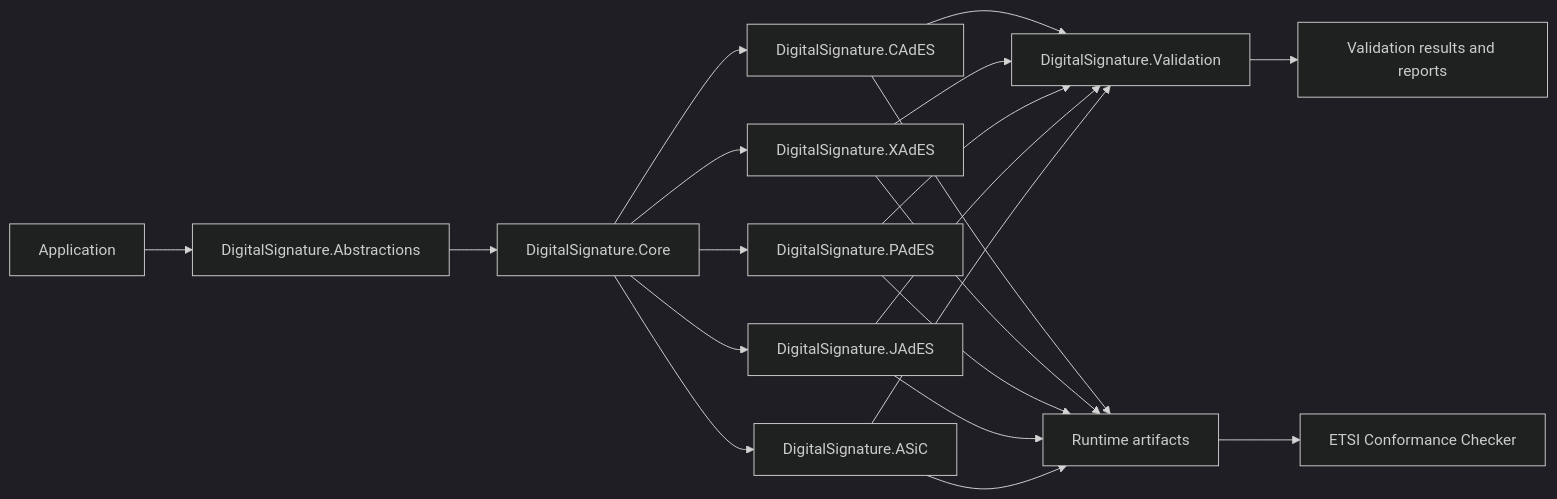
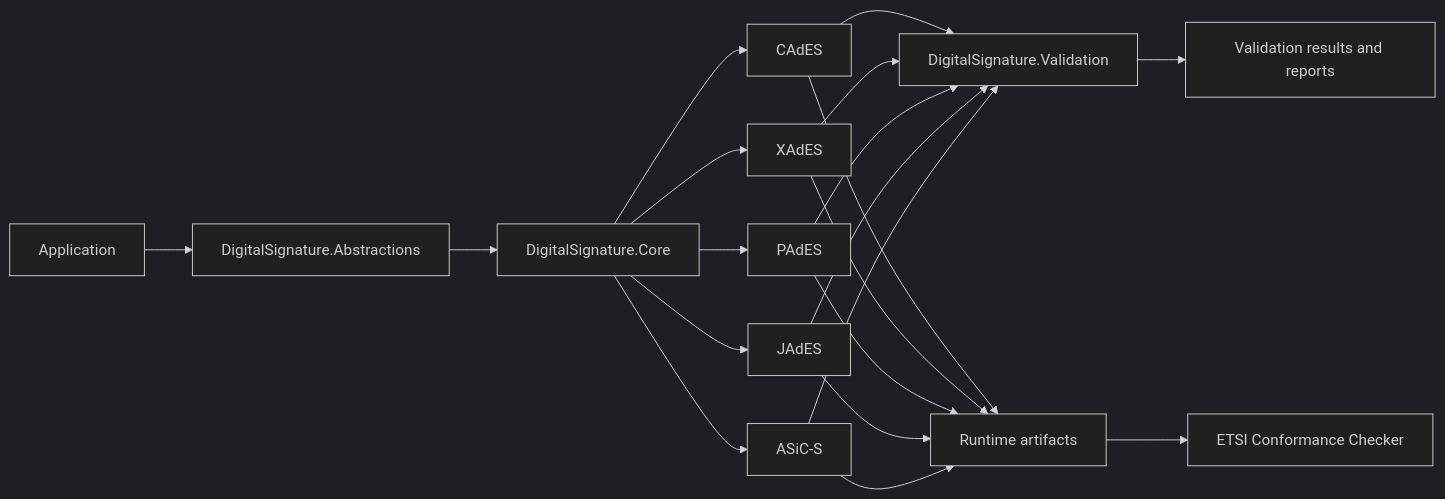
Before and after one commit to EbubekirERGUN/DigitalSignature: the diagram in README.md, drawn with Mermaid (dark theme). The commit also changed other lines of this file, not shown here.

````diff
--- a/README.md
+++ b/README.md
@@ -46,25 +158,25 @@
 ```mermaid
 flowchart LR
     A[Application] --> B[DigitalSignature.Abstractions]
     B --> C[DigitalSignature.Core]
 
-    C --> C1[DigitalSignature.CAdES]
-    C --> C2[DigitalSignature.XAdES]
-    C --> C3[DigitalSignature.PAdES]
-    C --> C4[DigitalSignature.JAdES]
-    C --> C5[DigitalSignature.ASiC]
+    C --> C1[CAdES]
+    C --> C2[XAdES]
+    C --> C3[PAdES]
+    C --> C4[JAdES]
+    C --> C5[ASiC-S]
 
     C1 --> V[DigitalSignature.Validation]
     C2 --> V
     C3 --> V
     C4 --> V
     C5 --> V
 
     V --> R[Validation results and reports]
     C1 --> O[Runtime artifacts]
     C2 --> O
     C3 --> O
     C4 --> O
     C5 --> O
     O --> E[ETSI Conformance Checker]
 ```
````
